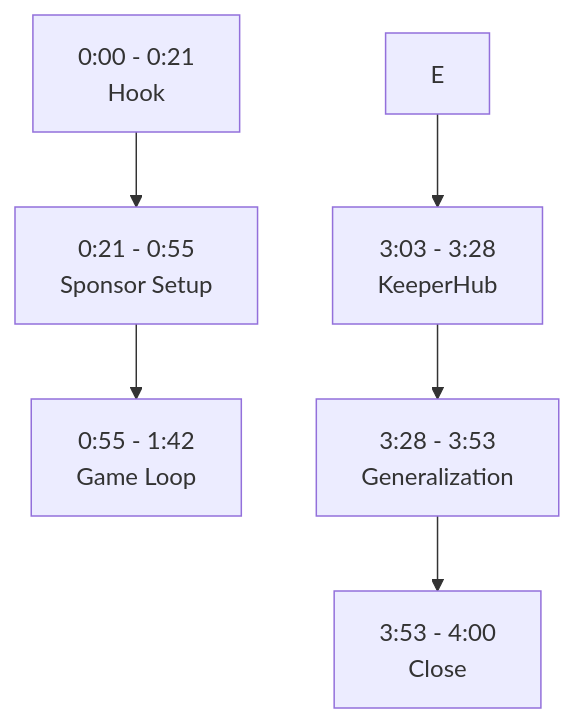
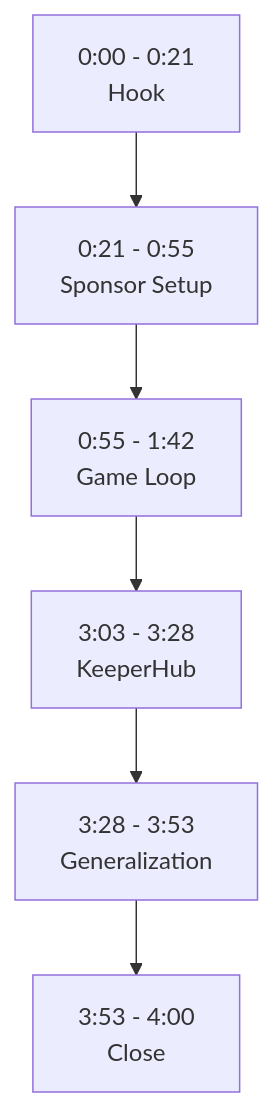
The diagram in docs/DEMO_SCRIPT.md (clan-world/clan-world-game), drawn with Mermaid before and after one commit. The commit also changed 4 other files, not shown here.

````diff
--- a/docs/DEMO_SCRIPT.md
+++ b/docs/DEMO_SCRIPT.md
@@ -6,8 +6,8 @@
 ```mermaid
 flowchart TB
     A["0:00 - 0:21<br/>Hook"] --> B["0:21 - 0:55<br/>Sponsor Setup"]
     B --> C["0:55 - 1:42<br/>Game Loop"]
-    E --> F["3:03 - 3:28<br/>KeeperHub"]
+    C --> F["3:03 - 3:28<br/>KeeperHub"]
     F --> G["3:28 - 3:53<br/>Generalization"]
     G --> H["3:53 - 4:00<br/>Close"]
 ```
````
